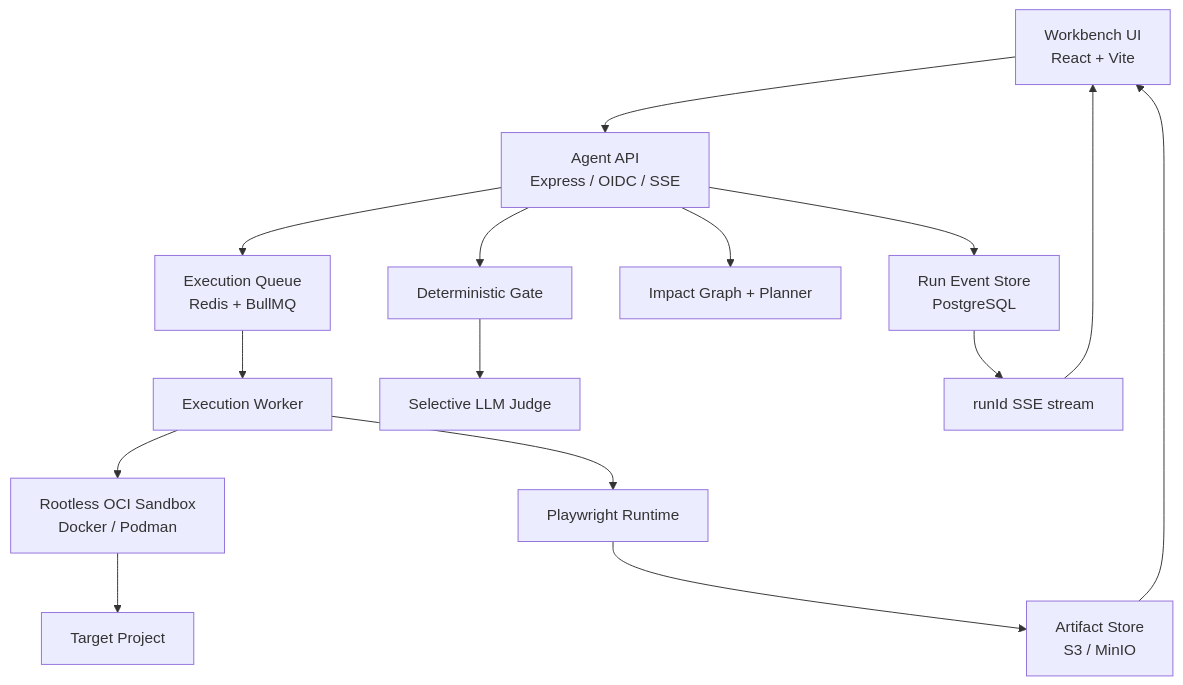
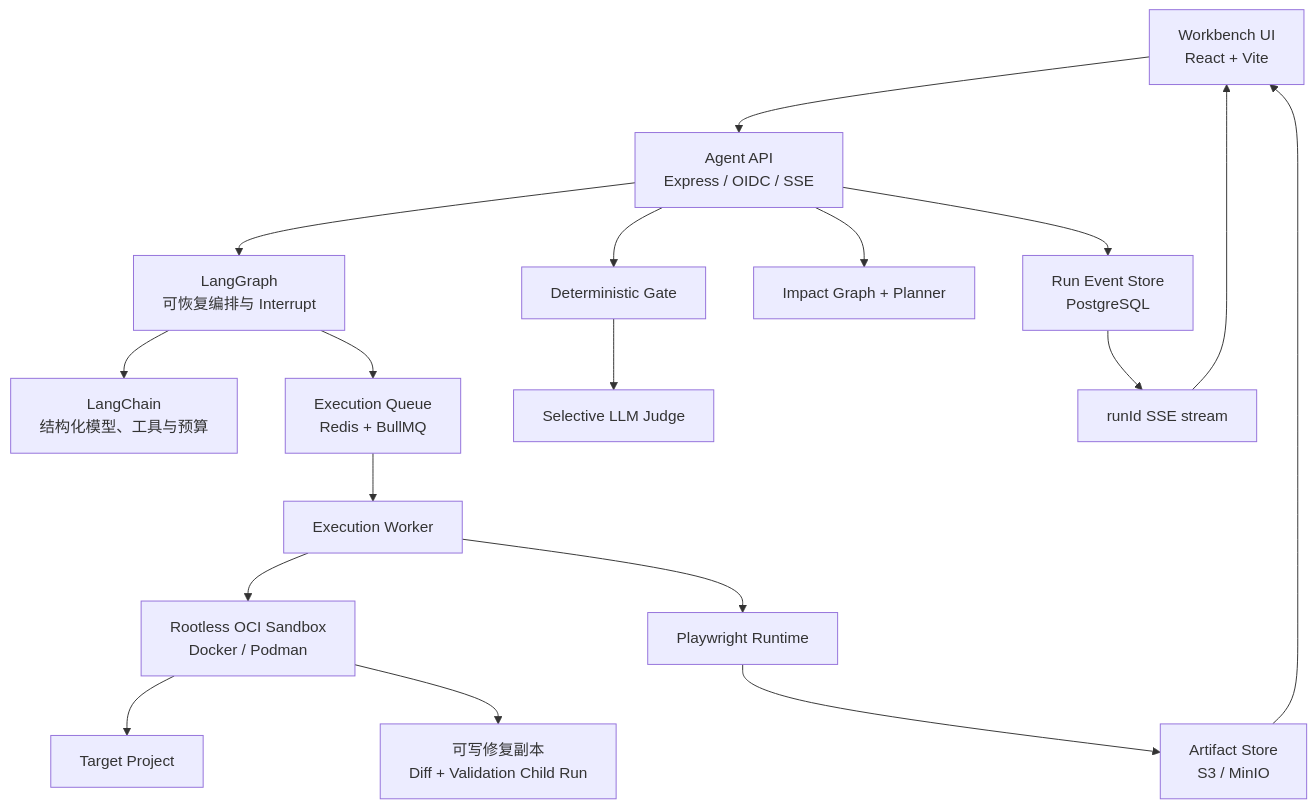
Before and after one commit to ZZX0109/ai-test-officer: the second of 2 diagrams in README.md, drawn with Mermaid. The commit also changed other lines of this file and 84 other files, not shown here.

````diff
--- a/README.md
+++ b/README.md
@@ -225,17 +357,20 @@
 ```mermaid
 flowchart TB
     UI["Workbench UI<br/>React + Vite"] --> API["Agent API<br/>Express / OIDC / SSE"]
+    API --> GRAPH["LangGraph<br/>可恢复编排与 Interrupt"]
+    GRAPH --> CHAIN["LangChain<br/>结构化模型、工具与预算"]
     API --> STORE["Run Event Store<br/>PostgreSQL"]
-    API --> QUEUE["Execution Queue<br/>Redis + BullMQ"]
+    GRAPH --> QUEUE["Execution Queue<br/>Redis + BullMQ"]
     QUEUE --> WORKER["Execution Worker"]
     WORKER --> OCI["Rootless OCI Sandbox<br/>Docker / Podman"]
     OCI --> TARGET["Target Project"]
+    OCI --> REPAIR["可写修复副本<br/>Diff + Validation Child Run"]
     WORKER --> PW["Playwright Runtime"]
     PW --> ART["Artifact Store<br/>S3 / MinIO"]
     API --> PLAN["Impact Graph + Planner"]
     API --> GATE["Deterministic Gate"]
     GATE --> JUDGE["Selective LLM Judge"]
     STORE --> SSE["runId SSE stream"]
     SSE --> UI
     ART --> UI
 ```
````
